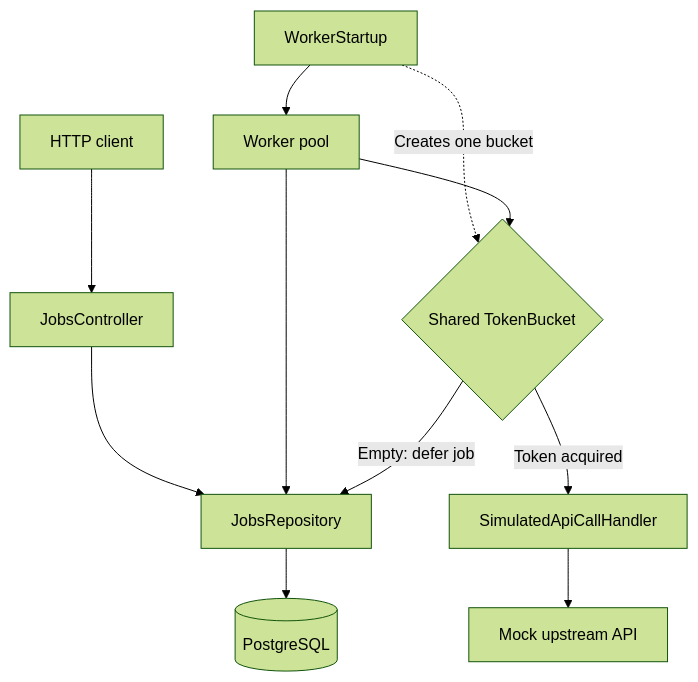
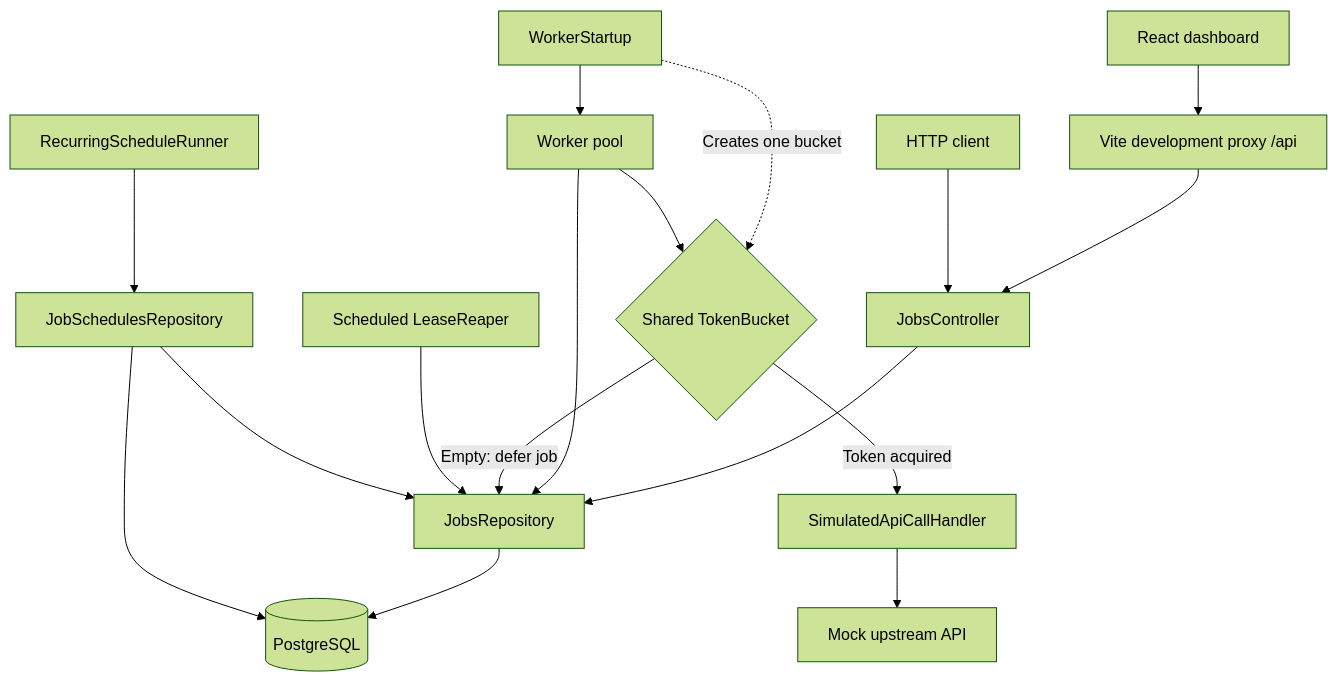
The first of 8 diagrams in README.md (amanxsays/Sluice), drawn with Mermaid (forest theme) before and after one commit. The commit also changed other lines of this file and 90 other files, not shown here.

````diff
--- a/README.md
+++ b/README.md
@@ -120,15 +136,21 @@
 ```mermaid
 flowchart TB
+    dashboard["React dashboard"] --> proxy["Vite development proxy /api"]
+    proxy --> controller
     client["HTTP client"] --> controller["JobsController"]
     controller --> repository["JobsRepository"]
     repository --> database[("PostgreSQL")]
 
     startup["WorkerStartup"] --> workers["Worker pool"]
     startup -. "Creates one bucket" .-> bucket{"Shared TokenBucket"}
 
     workers --> repository
     workers --> bucket
     bucket -- "Token acquired" --> handler["SimulatedApiCallHandler"]
     bucket -- "Empty: defer job" --> repository
     handler --> upstream["Mock upstream API"]
+    reaper["Scheduled LeaseReaper"] --> repository
+    scheduler["RecurringScheduleRunner"] --> schedules["JobSchedulesRepository"]
+    schedules --> repository
+    schedules --> database
 ```
````
